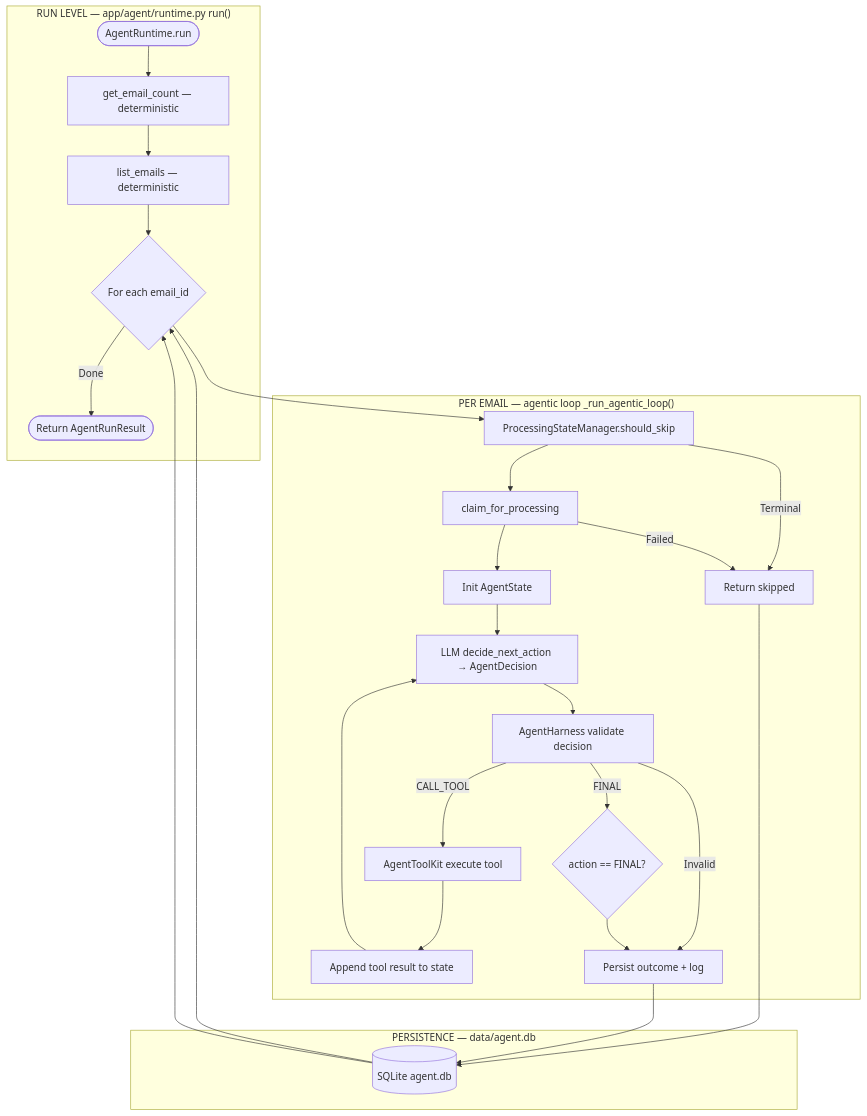
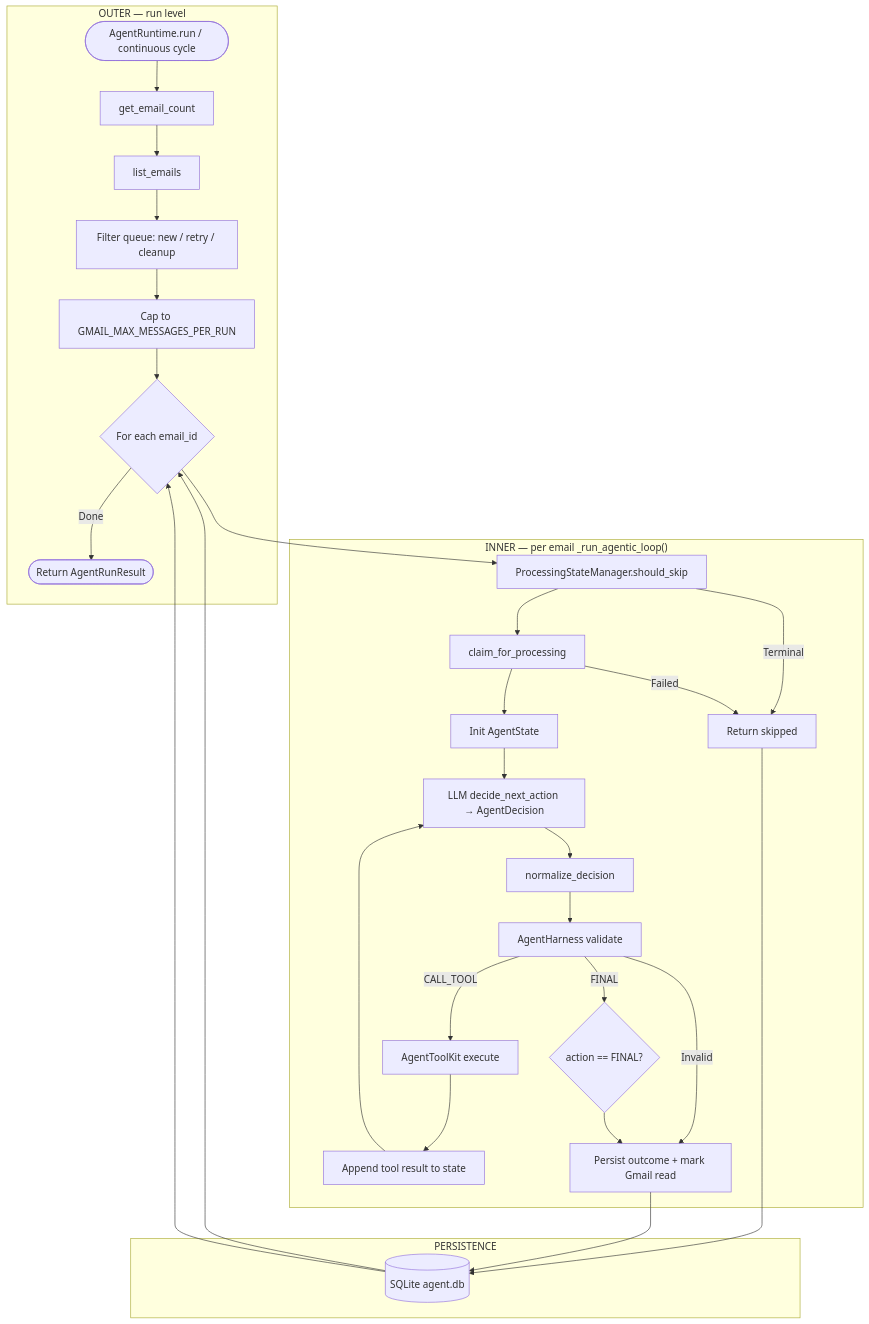
The first of 2 diagrams in docs/AGENT_WORKFLOW_DIAGRAM.md (Nisarg9072-god/Email-Agent), drawn with Mermaid before and after one commit. The commit also changed other lines of this file and 5 other files, not shown here.

````diff
--- a/docs/AGENT_WORKFLOW_DIAGRAM.md
+++ b/docs/AGENT_WORKFLOW_DIAGRAM.md
@@ -11,39 +11,42 @@
 ```mermaid
 flowchart TD
-    subgraph RUN["RUN LEVEL — app/agent/runtime.py run()"]
-        START([AgentRuntime.run])
-        COUNT[get_email_count — deterministic]
-        LIST[list_emails — deterministic]
+    subgraph OUTER["OUTER — run level"]
+        START([AgentRuntime.run / continuous cycle])
+        COUNT[get_email_count]
+        LIST[list_emails]
+        FILTER[Filter queue: new / retry / cleanup]
+        CAP[Cap to GMAIL_MAX_MESSAGES_PER_RUN]
         FOR_EACH{For each email_id}
         END([Return AgentRunResult])
     end
 
-    subgraph PER_EMAIL["PER EMAIL — agentic loop _run_agentic_loop()"]
+    subgraph INNER["INNER — per email _run_agentic_loop()"]
         SKIP_CHECK[ProcessingStateManager.should_skip]
         SKIP[Return skipped]
         CLAIM[claim_for_processing]
         INIT[Init AgentState]
         LLM[LLM decide_next_action → AgentDecision]
-        HARNESS[AgentHarness validate decision]
-        TOOL[AgentToolKit execute tool]
+        NORM[normalize_decision]
+        HARNESS[AgentHarness validate]
+        TOOL[AgentToolKit execute]
         UPDATE[Append tool result to state]
         FINAL{action == FINAL?}
-        DONE[Persist outcome + log]
+        DONE[Persist outcome + mark Gmail read]
     end
 
-    subgraph STORAGE["PERSISTENCE — data/agent.db"]
+    subgraph STORAGE["PERSISTENCE"]
         DB[(SQLite agent.db)]
     end
 
-    START --> COUNT --> LIST --> FOR_EACH
+    START --> COUNT --> LIST --> FILTER --> CAP --> FOR_EACH
     FOR_EACH --> SKIP_CHECK
     SKIP_CHECK -->|Terminal| SKIP --> DB --> FOR_EACH
     SKIP_CHECK --> CLAIM
     CLAIM -->|Failed| SKIP
-    CLAIM --> INIT --> LLM --> HARNESS
+    CLAIM --> INIT --> LLM --> NORM --> HARNESS
     HARNESS -->|Invalid| DONE
     HARNESS -->|CALL_TOOL| TOOL --> UPDATE --> LLM
     HARNESS -->|FINAL| FINAL
     FINAL --> DONE --> DB --> FOR_EACH
     FOR_EACH -->|Done| END
 ```
````
